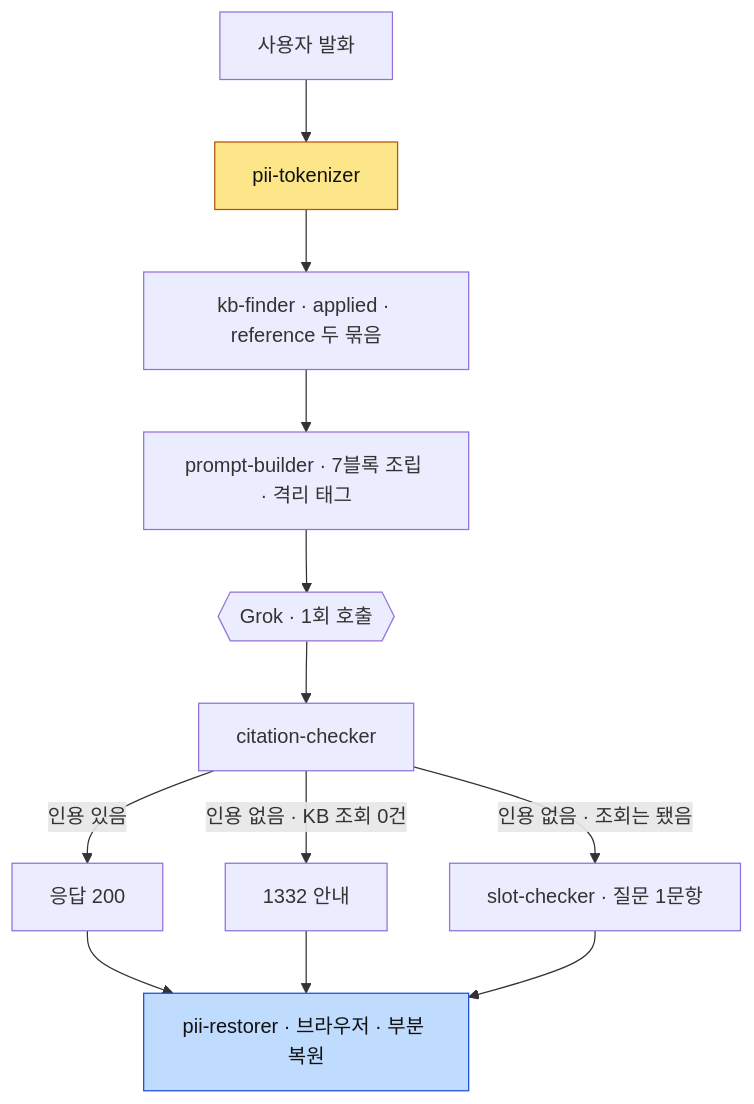
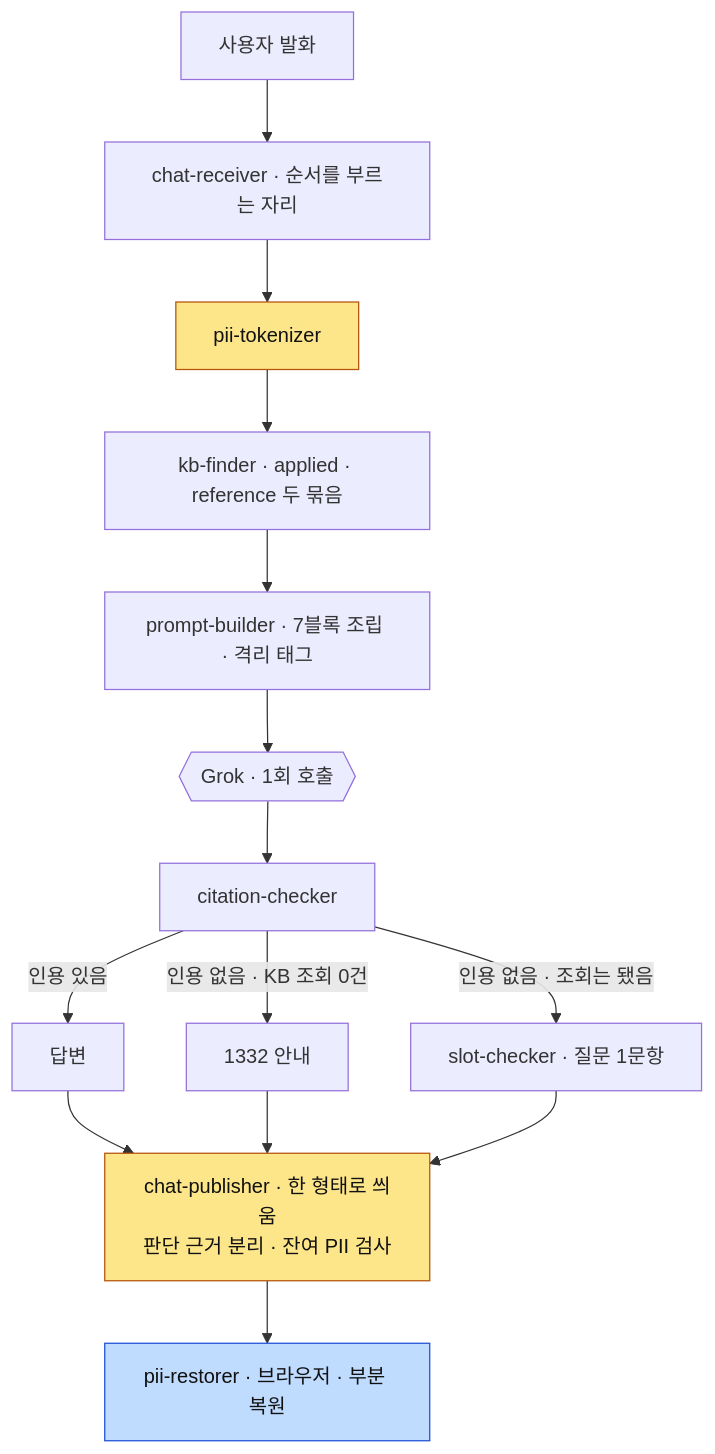
The third of 8 diagrams in ARCHITECTURE.md (Dojaegyum/fsec-ai-challenge), drawn with Mermaid before and after one commit. The commit also changed other lines of this file and 5 other files, not shown here.

First line of the commit message:
chat-receiver·chat-publisher를 모듈 정본에 등재 (ADR-022 이행)

````diff
--- a/ARCHITECTURE.md
+++ b/ARCHITECTURE.md
@@ -159,19 +159,23 @@
 ```mermaid
 flowchart TB
-    IN["사용자 발화"] --> TOK2["pii-tokenizer"]
+    IN["사용자 발화"] --> RECV["chat-receiver · 순서를 부르는 자리"]
+    RECV --> TOK2["pii-tokenizer"]
     TOK2 --> FIND["kb-finder · applied · reference 두 묶음"]
     FIND --> PB["prompt-builder · 7블록 조립 · 격리 태그"]
     PB --> LLM{{"Grok · 1회 호출"}}
     LLM --> CC["citation-checker"]
 
-    CC -->|"인용 있음"| OUT["응답 200"]
+    CC -->|"인용 있음"| OUT["답변"]
     CC -->|"인용 없음 · KB 조회 0건"| G1332["1332 안내"]
     CC -->|"인용 없음 · 조회는 됐음"| SLOT["slot-checker · 질문 1문항"]
 
-    OUT --> BROWSER["pii-restorer · 브라우저 · 부분 복원"]
-    G1332 --> BROWSER
-    SLOT --> BROWSER
+    OUT --> PUB["chat-publisher · 한 형태로 씌움<br/>판단 근거 분리 · 잔여 PII 검사"]
+    G1332 --> PUB
+    SLOT --> PUB
+
+    PUB --> BROWSER["pii-restorer · 브라우저 · 부분 복원"]
 
     style TOK2 fill:#fde68a,stroke:#b45309,color:#111
+    style PUB fill:#fde68a,stroke:#b45309,color:#111
     style BROWSER fill:#bfdbfe,stroke:#1d4ed8,color:#111
 ```
````
